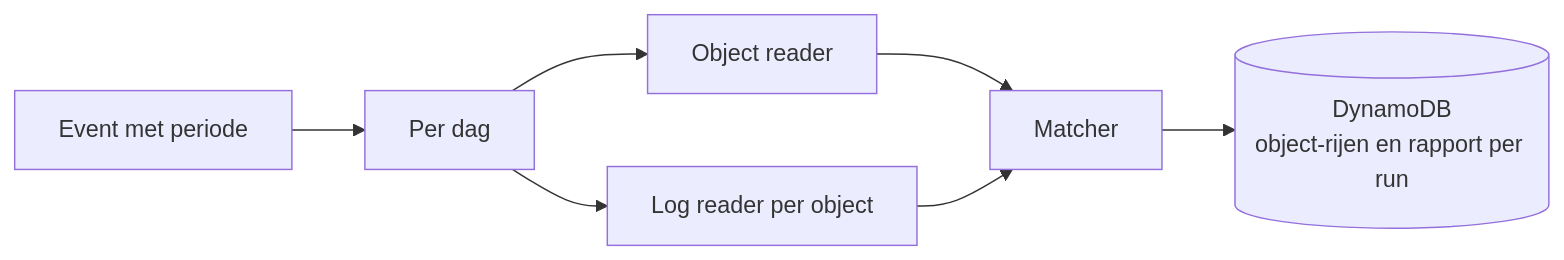
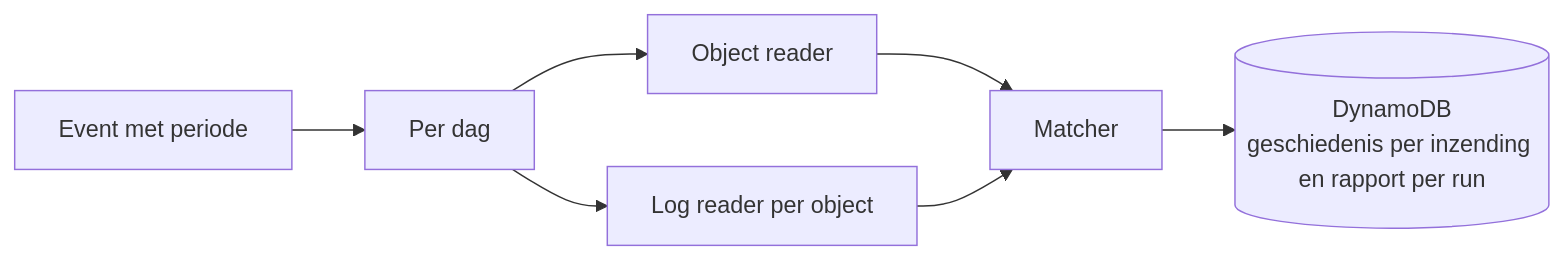
Before and after one commit to GemeenteNijmegen/open-forms: the diagram in src/submission-processing-monitor/processing-check/README.md, drawn with Mermaid. The commit also changed other lines of this file and 2 other files, not shown here.

````diff
--- a/src/submission-processing-monitor/processing-check/README.md
+++ b/src/submission-processing-monitor/processing-check/README.md
@@ -10,9 +8,9 @@
 ```mermaid
 flowchart LR
     E[Event met periode] --> D[Per dag]
     D --> O[Object reader]
     D --> L[Log reader per object]
     O --> M[Matcher]
     L --> M
-    M --> T[(DynamoDB<br/>object-rijen en rapport per run)]
+    M --> T[(DynamoDB<br/>geschiedenis per inzending en rapport per run)]
 ```
````
